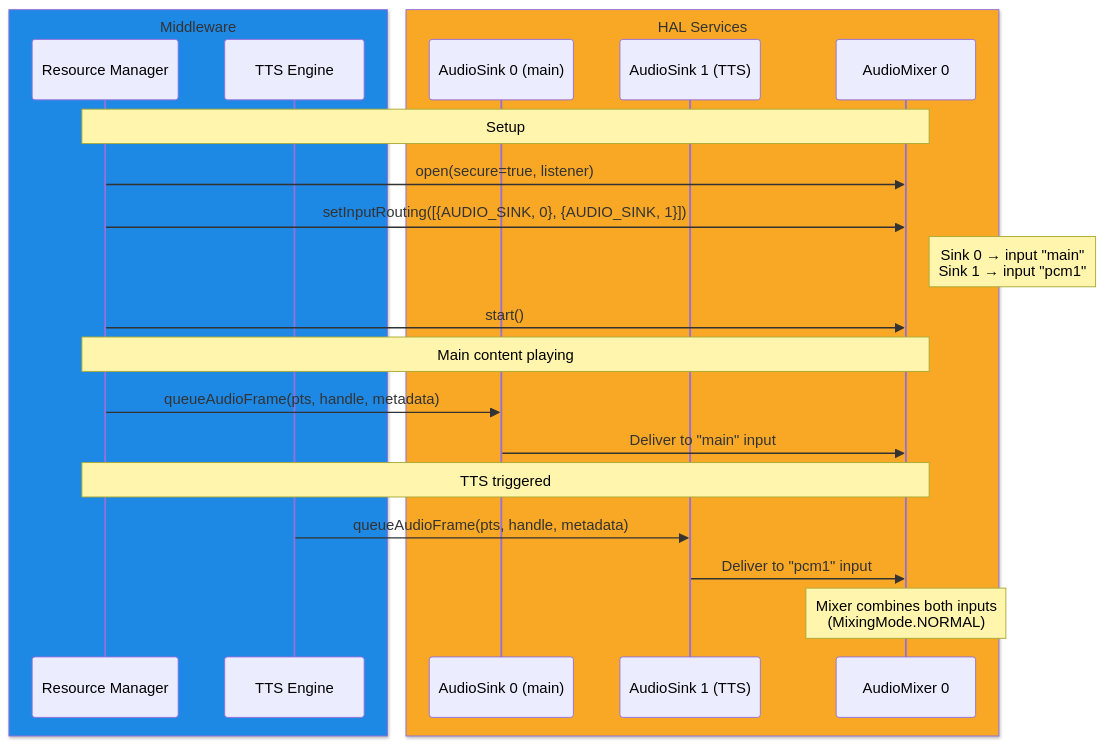
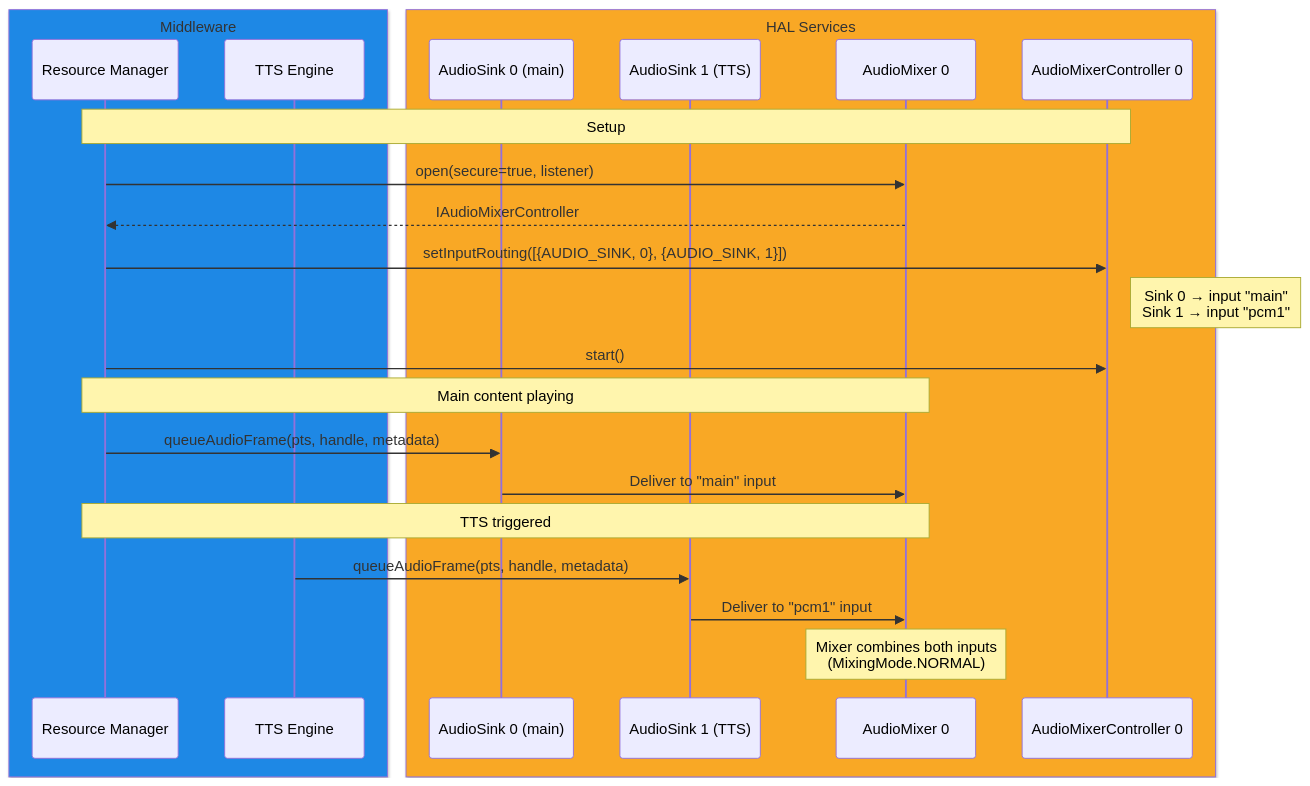
One commit to rdkcentral/rdk-halif-aidl changed the sixth of 6 diagrams in docs/halif/audio_mixer/current/audio_system_architecture.md. Above: the diagram before and after it, drawn with Mermaid. The commit also changed other lines of this file, not shown here.

First line of the commit message:
docs: fix Copilot review comments in audio system architecture (#354)

````diff
--- a/docs/halif/audio_mixer/current/audio_system_architecture.md
+++ b/docs/halif/audio_mixer/current/audio_system_architecture.md
@@ -420,31 +428,33 @@
 ```mermaid
 sequenceDiagram
     box rgb(30,136,229) Middleware
         participant MW as Resource Manager
         participant TTS as TTS Engine
     end
     box rgb(249,168,37) HAL Services
         participant SINK0 as AudioSink 0 (main)
         participant SINK1 as AudioSink 1 (TTS)
         participant MIX as AudioMixer 0
+        participant CTRL as AudioMixerController 0
     end
 
-    Note over MW,MIX: Setup
+    Note over MW,CTRL: Setup
 
     MW->>MIX: open(secure=true, listener)
-    MW->>MIX: setInputRouting([{AUDIO_SINK, 0}, {AUDIO_SINK, 1}])
-    Note right of MIX: Sink 0 → input "main"<br/>Sink 1 → input "pcm1"
-    MW->>MIX: start()
+    MIX-->>MW: IAudioMixerController
+    MW->>CTRL: setInputRouting([{AUDIO_SINK, 0}, {AUDIO_SINK, 1}])
+    Note right of CTRL: Sink 0 → input "main"<br/>Sink 1 → input "pcm1"
+    MW->>CTRL: start()
 
     Note over MW,MIX: Main content playing
 
     MW->>SINK0: queueAudioFrame(pts, handle, metadata)
     SINK0->>MIX: Deliver to "main" input
 
     Note over MW,MIX: TTS triggered
 
     TTS->>SINK1: queueAudioFrame(pts, handle, metadata)
     SINK1->>MIX: Deliver to "pcm1" input
 
     Note over MIX: Mixer combines both inputs<br/>(MixingMode.NORMAL)
 ```
````
